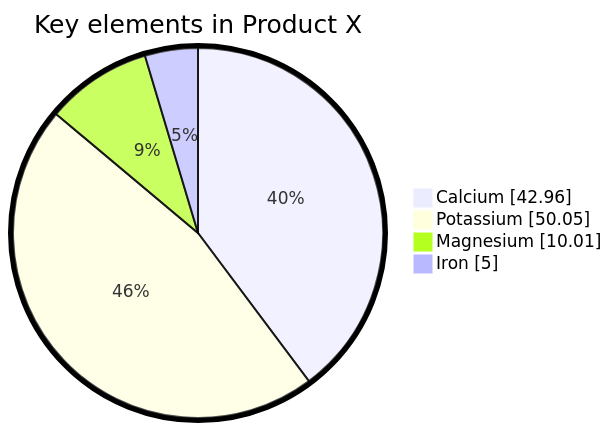
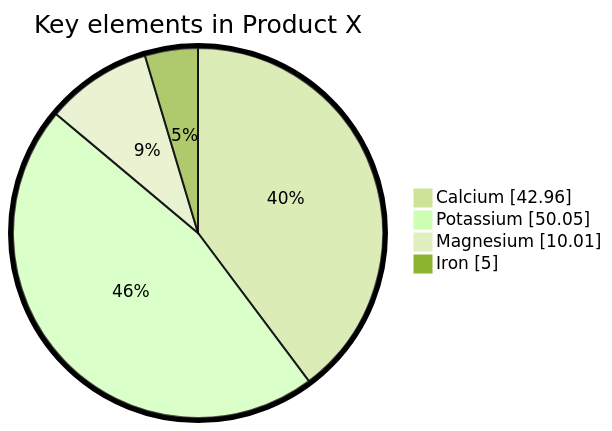
The second of 2 diagrams in infra/MarkdownTestReference.md (giellalt/giellalt.github.io), drawn with Mermaid before and after one commit. The commit also changed other lines of this file, not shown here.

Commit message:
Test more configuration, add text

````diff
--- a/infra/MarkdownTestReference.md
+++ b/infra/MarkdownTestReference.md
@@ -205,9 +207,9 @@
 ```mermaid
-%%{init: {"pie": {"textPosition": 0.5}, "themeVariables": {"pieOuterStrokeWidth": "5px"}} }%%
+%%{init: {"pie": {"textPosition": 0.5}, 'theme':'forest', "themeVariables": {"pieOuterStrokeWidth": "5px"}} }%%
 pie showData
     title Key elements in Product X
     "Calcium" : 42.96
     "Potassium" : 50.05
     "Magnesium" : 10.01
     "Iron" :  5
 ```
````
